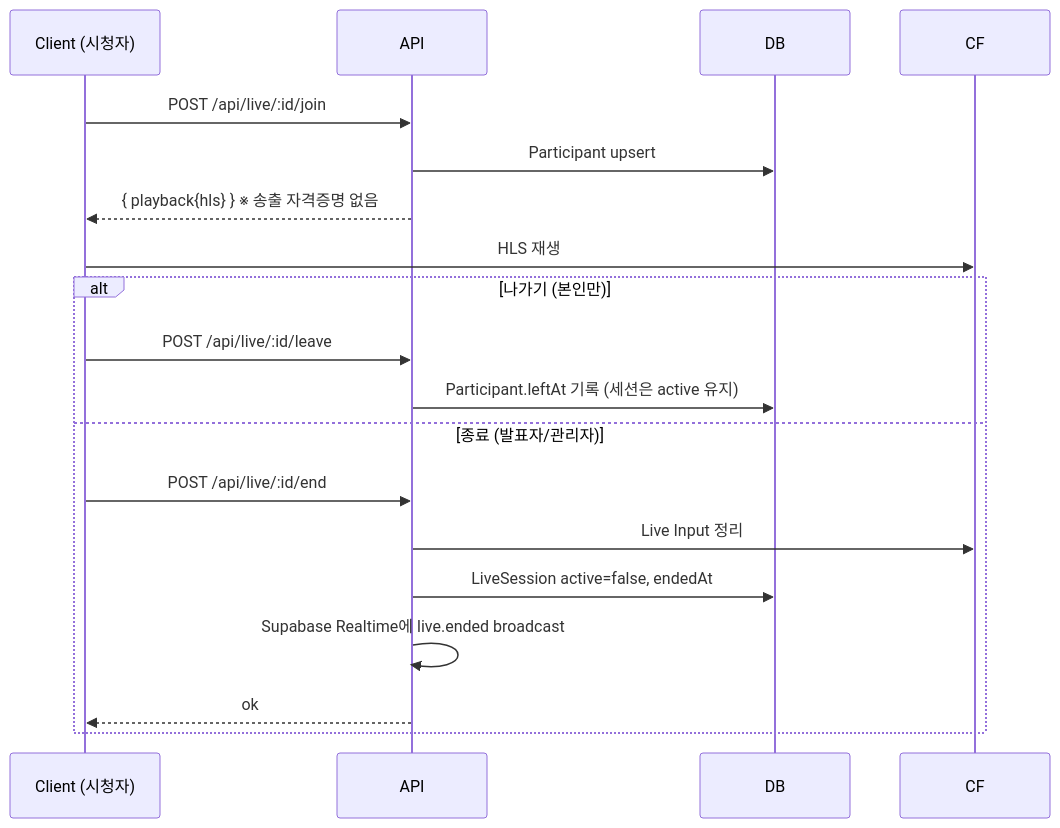
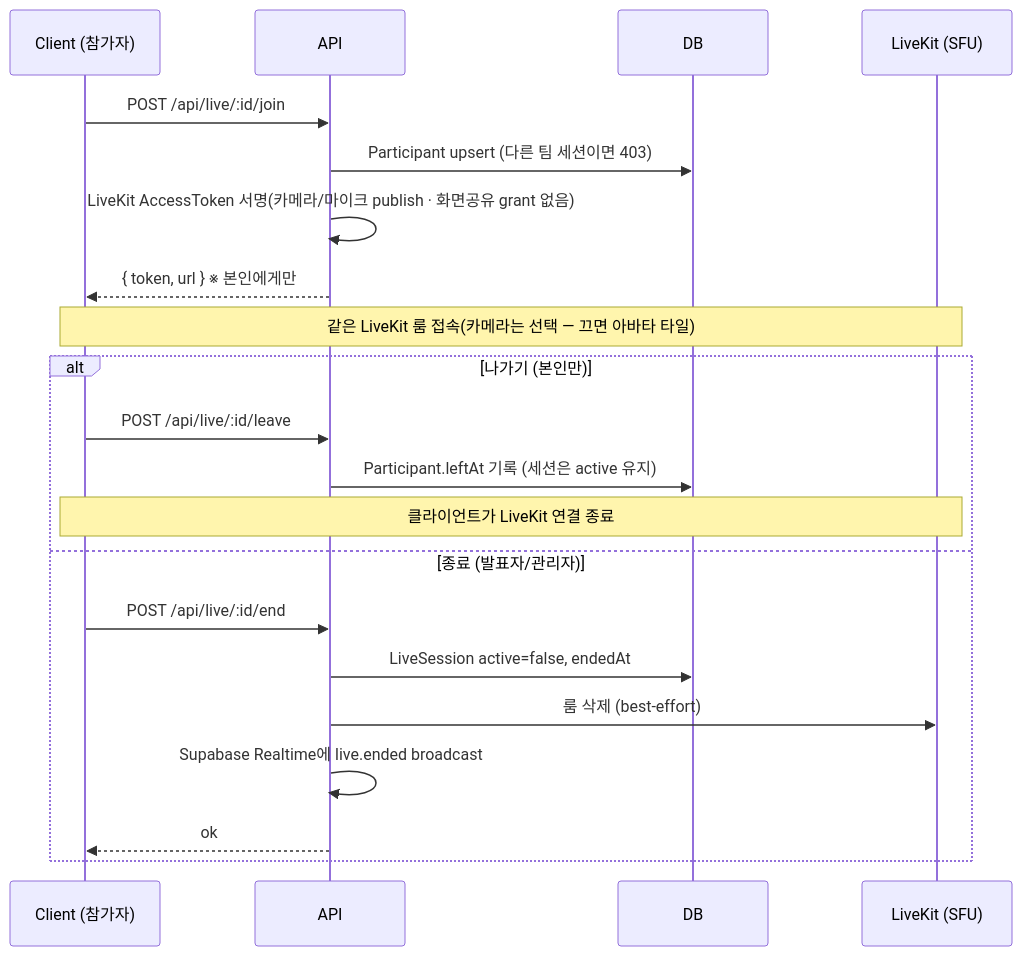
The fourth of 8 diagrams in docs/dev/SEQUENCE_DIAGRAM.md (csm-kr/haparkchopaeng-workspace), drawn with Mermaid before and after one commit. The commit also changed other lines of this file and 18 other files, not shown here.

First line of the commit message:
docs: NEWS 탭 동기화 · LiveKit 정본화 · CLAUDE.md 작성

````diff
--- a/docs/dev/SEQUENCE_DIAGRAM.md
+++ b/docs/dev/SEQUENCE_DIAGRAM.md
@@ -85,22 +86,24 @@
 ```mermaid
 sequenceDiagram
-  participant V as Client (시청자)
+  participant V as Client (참가자)
   participant A as API
   participant D as DB
-  participant C as CF
+  participant LK as LiveKit (SFU)
   V->>A: POST /api/live/:id/join
-  A->>D: Participant upsert
-  A-->>V: { playback{hls} }  ※ 송출 자격증명 없음
-  V->>C: HLS 재생
+  A->>D: Participant upsert (다른 팀 세션이면 403)
+  A->>A: LiveKit AccessToken 서명(카메라/마이크 publish · 화면공유 grant 없음)
+  A-->>V: { token, url }  ※ 본인에게만
+  Note over V,LK: 같은 LiveKit 룸 접속(카메라는 선택 — 끄면 아바타 타일)
 
   alt 나가기 (본인만)
     V->>A: POST /api/live/:id/leave
     A->>D: Participant.leftAt 기록 (세션은 active 유지)
+    Note over V,LK: 클라이언트가 LiveKit 연결 종료
   else 종료 (발표자/관리자)
     V->>A: POST /api/live/:id/end
-    A->>C: Live Input 정리
     A->>D: LiveSession active=false, endedAt
+    A->>LK: 룸 삭제 (best-effort)
     A->>A: Supabase Realtime에 live.ended broadcast
     A-->>V: ok
   end
 ```
````
